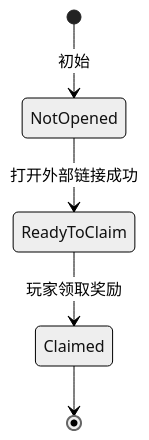
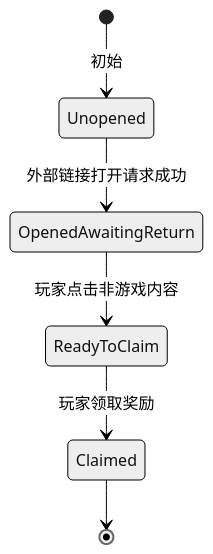
One commit to SeananTQ/lucky-dog-pub-2026 changed the diagram in docs/game-design/LinkTree奖励入口设计.md. Above: the diagram before and after it, drawn with Mermaid (neutral theme). The commit also changed other lines of this file and 2 other files, not shown here.

````diff
--- a/docs/game-design/LinkTree奖励入口设计.md
+++ b/docs/game-design/LinkTree奖励入口设计.md
@@ -34,7 +34,8 @@
 ```mermaid
 stateDiagram-v2
-    [*] --> NotOpened: 初始
-    NotOpened --> ReadyToClaim: 打开外部链接成功
+    [*] --> Unopened: 初始
+    Unopened --> OpenedAwaitingReturn: 外部链接打开请求成功
+    OpenedAwaitingReturn --> ReadyToClaim: 玩家点击非游戏内容
     ReadyToClaim --> Claimed: 玩家领取奖励
     Claimed --> [*]
 ```
````
